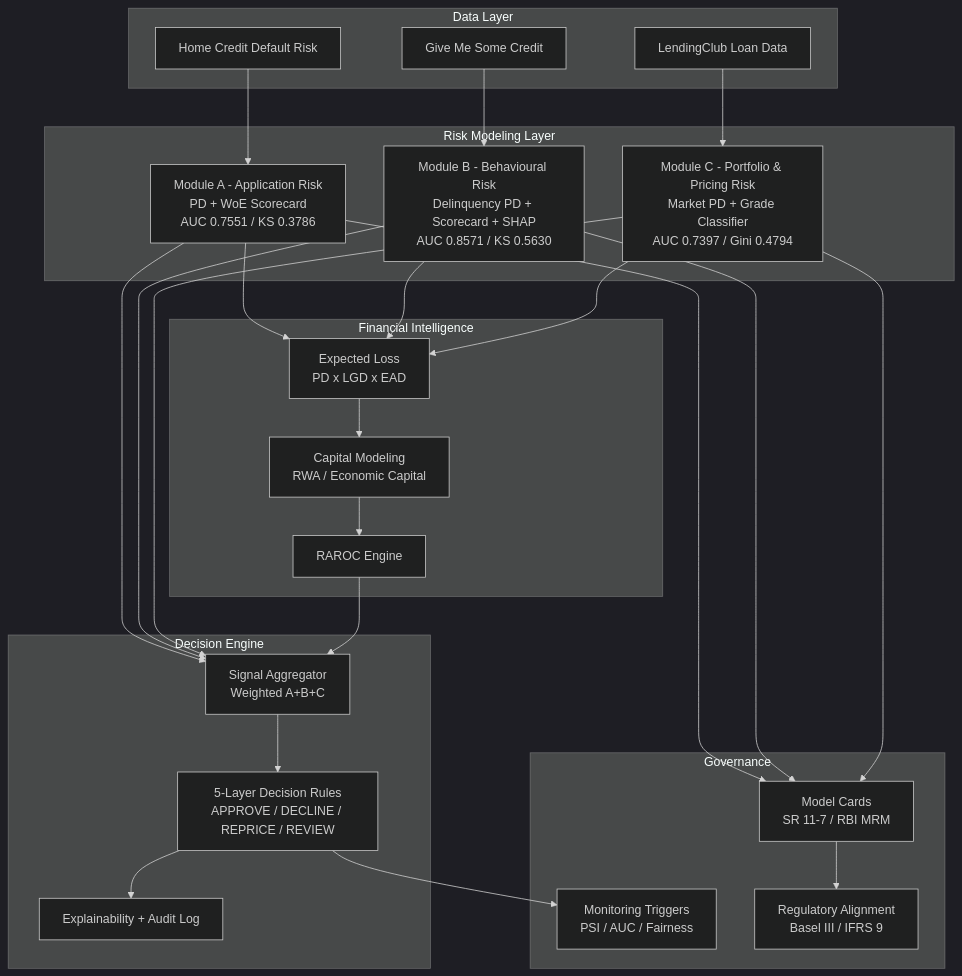
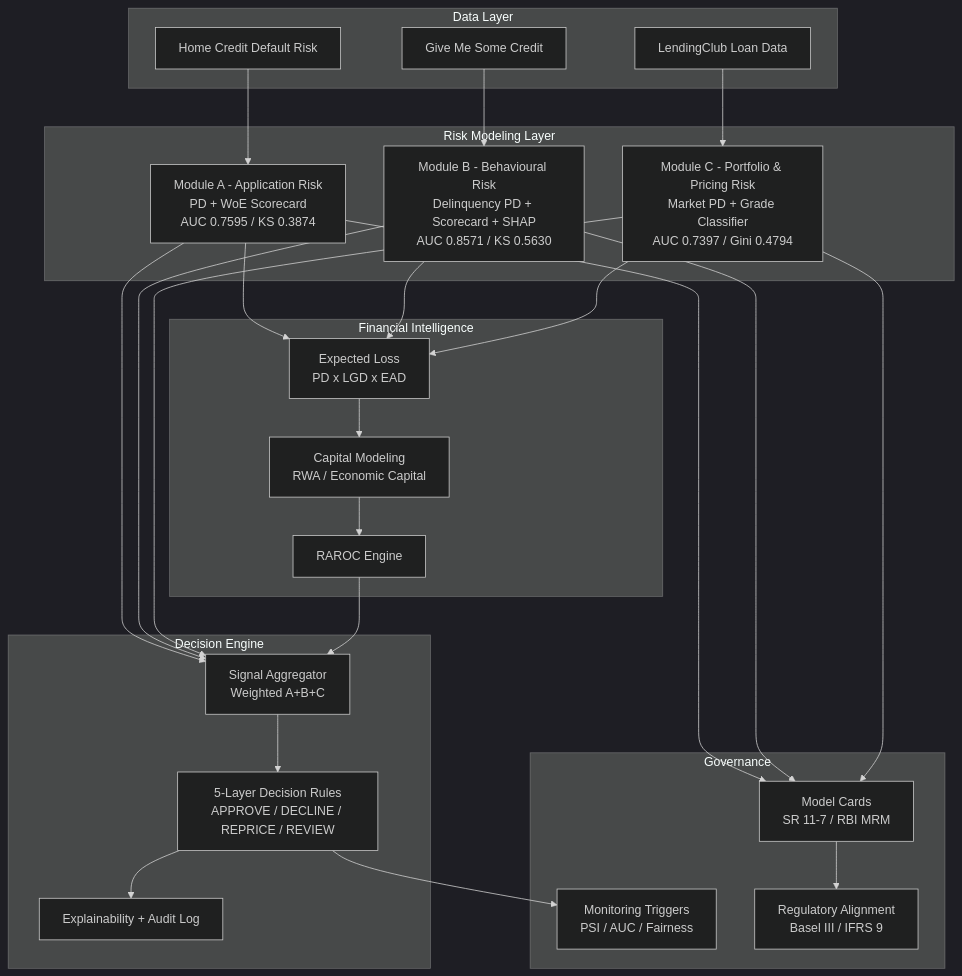
Before and after one commit to hiralsarkar/AI-Credit-Intelligence-System: the diagram in README.md, drawn with Mermaid (dark theme). The commit also changed other lines of this file and 27 other files, not shown here.

````diff
--- a/README.md
+++ b/README.md
@@ -16,54 +16,54 @@
 ```mermaid
 flowchart TD
 
 subgraph Data_Layer["Data Layer"]
 A1[Home Credit Default Risk]
 A2[Give Me Some Credit]
 A3[LendingClub Loan Data]
 end
 
 subgraph Modeling["Risk Modeling Layer"]
-B1["Module A - Application Risk\nPD + WoE Scorecard\nAUC 0.7551 / KS 0.3786"]
+B1["Module A - Application Risk\nPD + WoE Scorecard\nAUC 0.7595 / KS 0.3874"]
 B2["Module B - Behavioural Risk\nDelinquency PD + Scorecard + SHAP\nAUC 0.8571 / KS 0.5630"]
 B3["Module C - Portfolio & Pricing Risk\nMarket PD + Grade Classifier\nAUC 0.7397 / Gini 0.4794"]
 end
 
 subgraph Financial_Intelligence["Financial Intelligence"]
 C1[Expected Loss\nPD x LGD x EAD]
 C2[Capital Modeling\nRWA / Economic Capital]
 C3[RAROC Engine]
 end
 
 subgraph Decision["Decision Engine"]
 D1[Signal Aggregator\nWeighted A+B+C]
 D2[5-Layer Decision Rules\nAPPROVE / DECLINE / REPRICE / REVIEW]
 D3[Explainability + Audit Log]
 end
 
 subgraph Governance["Governance"]
 E1[Model Cards\nSR 11-7 / RBI MRM]
 E2[Monitoring Triggers\nPSI / AUC / Fairness]
 E3[Regulatory Alignment\nBasel III / IFRS 9]
 end
 
 A1 --> B1
 A2 --> B2
 A3 --> B3
 
 B1 --> C1
 B2 --> C1
 B3 --> C1
 C1 --> C2 --> C3
 
 B1 --> D1
 B2 --> D1
 B3 --> D1
 C3 --> D1
 D1 --> D2 --> D3
 
 D2 --> E2
 B1 --> E1
 B2 --> E1
 B3 --> E1
 E1 --> E3
 ```
````
